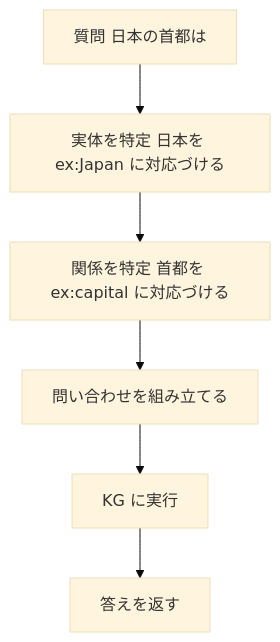
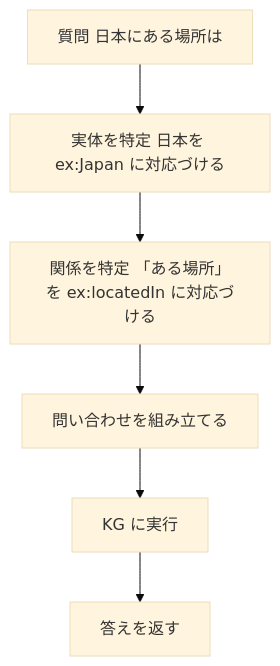
Before and after one commit to myoshi2891/Comparison-of-LLMs: diagram 12 of 16 in Knowledge-graphs-fundamentals-techniques-guide.md, drawn with Mermaid (base theme). The commit also changed other lines of this file, not shown here.

Commit message:
docs(books): narrow W3C CR exit criteria to RDF 1.2, fix SPARQL to use ex:locatedIn, and mark DNOTE as non-normative

````diff
--- a/Knowledge-graphs-fundamentals-techniques-guide.md
+++ b/Knowledge-graphs-fundamentals-techniques-guide.md
@@ -1159,10 +1159,10 @@
 ```mermaid
 flowchart TD
-    Q["質問 日本の首都は"]
+    Q["質問 日本にある場所は"]
     Link["実体を特定 日本を ex:Japan に対応づける"]
-    Rel["関係を特定 首都を ex:capital に対応づける"]
+    Rel["関係を特定 「ある場所」を ex:locatedIn に対応づける"]
     Query["問い合わせを組み立てる"]
     KG["KG に実行"]
     Ans["答えを返す"]
     Q --> Link --> Rel --> Query --> KG --> Ans
 ```
````
